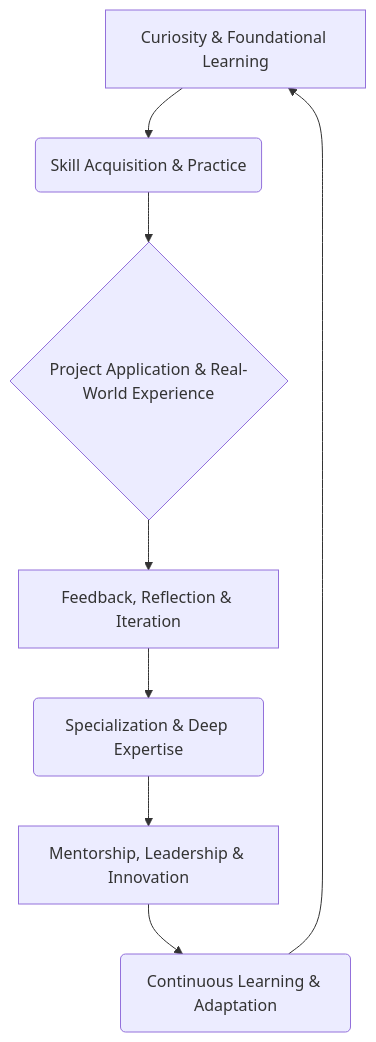
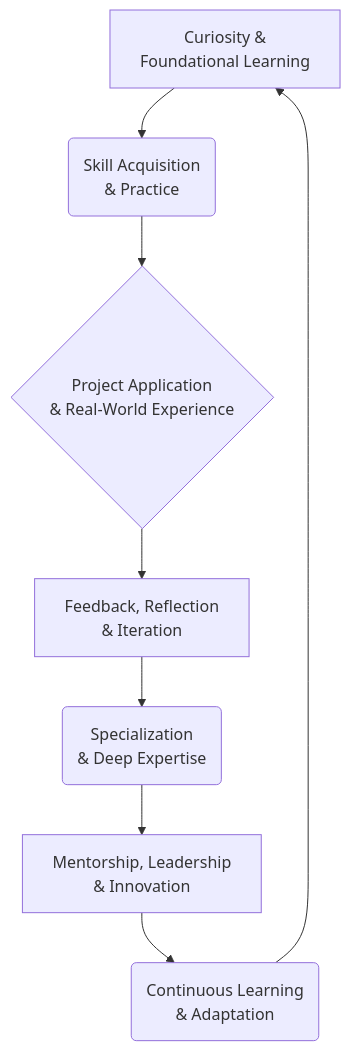
One commit to knowhub-by-ab/knowhub_notes changed the first of 2 diagrams in knowledge/mqcsjhv4on2duq.md. Above: the diagram before and after it, drawn with Mermaid. The commit also changed other lines of this file, not shown here.

Commit message:
docs: update Professional Career Development

````diff
--- a/knowledge/mqcsjhv4on2duq.md
+++ b/knowledge/mqcsjhv4on2duq.md
@@ -35,10 +35,10 @@
 ```mermaid
 graph TD
-    A[Curiosity & Foundational Learning] --> B(Skill Acquisition & Practice);
-    B --> C{Project Application & Real-World Experience};
-    C --> D[Feedback, Reflection & Iteration];
-    D --> E(Specialization & Deep Expertise);
-    E --> F[Mentorship, Leadership & Innovation];
-    F --> G(Continuous Learning & Adaptation);
+    A[Curiosity &<br>Foundational Learning] --> B(Skill Acquisition<br>& Practice);
+    B --> C{Project Application<br>& Real-World Experience};
+    C --> D[Feedback, Reflection<br>& Iteration];
+    D --> E(Specialization<br>& Deep Expertise);
+    E --> F[Mentorship, Leadership<br>& Innovation];
+    F --> G(Continuous Learning<br>& Adaptation);
     G --> A;
 ```
````
